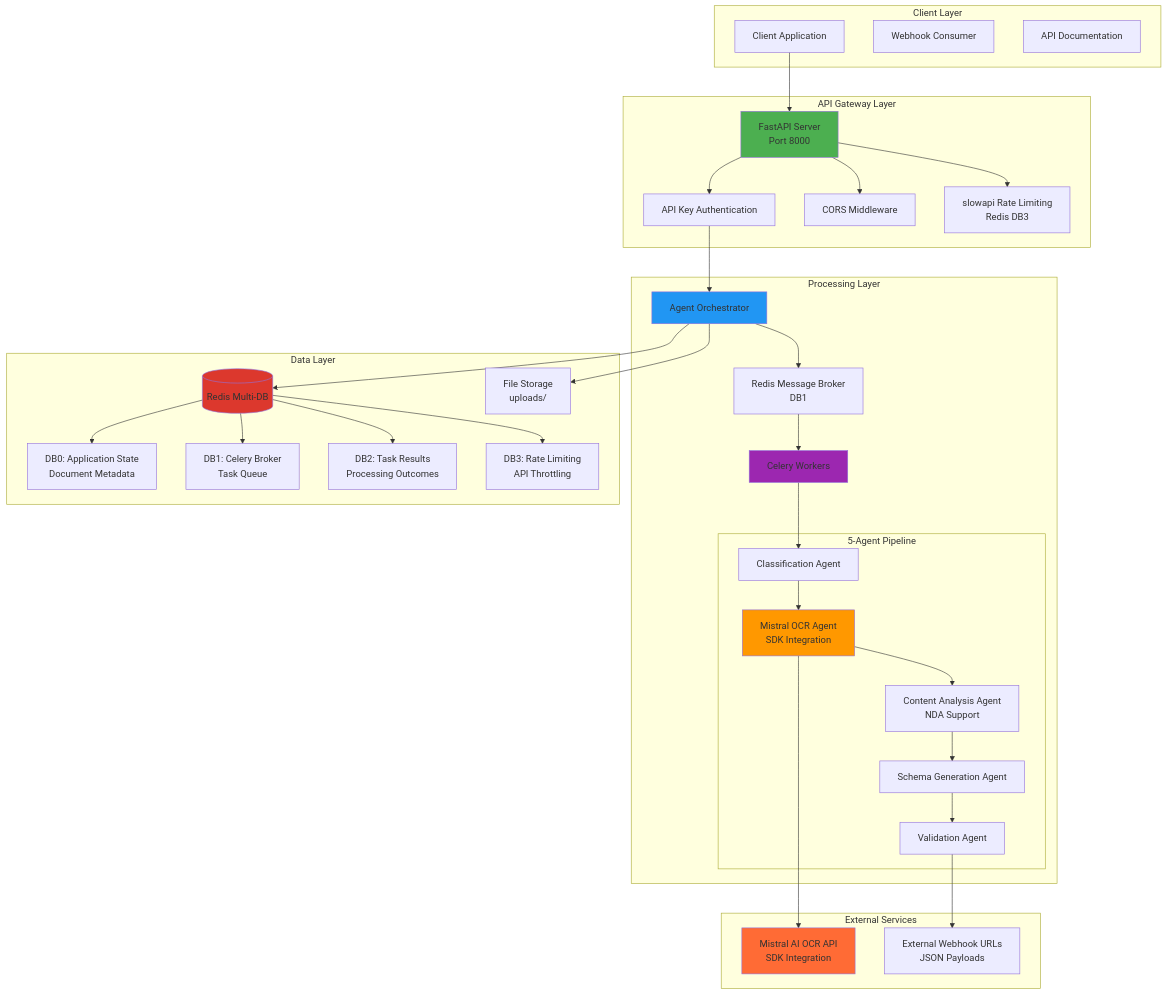
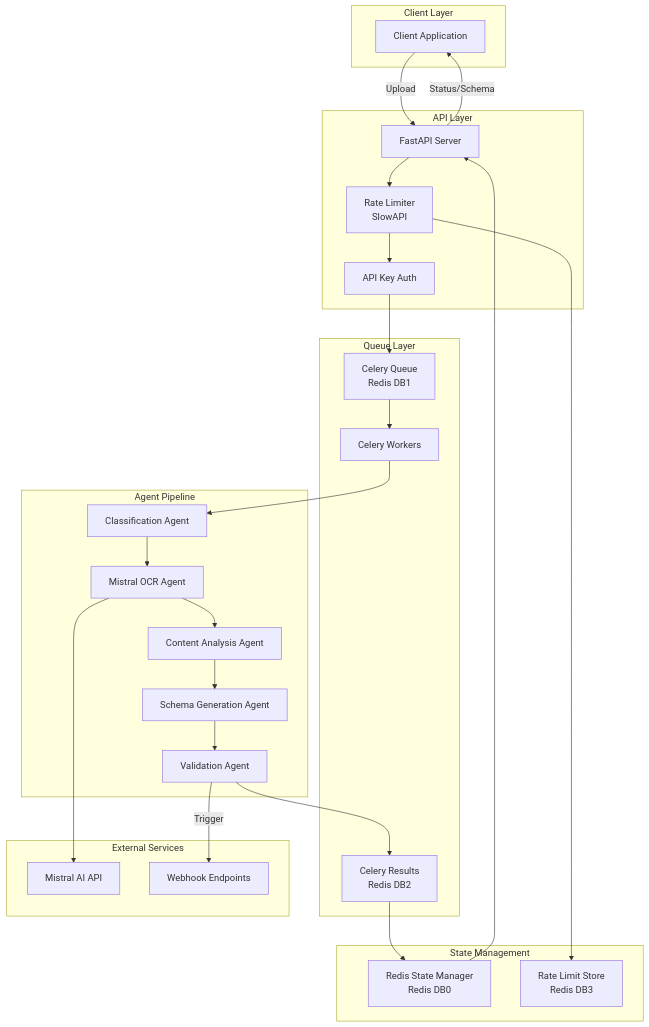
The first of 3 diagrams in README.md (Tony363/document-ingestion-agent), drawn with Mermaid before and after one commit. The commit also changed other lines of this file and 1 other file, not shown here.

````diff
--- a/README.md
+++ b/README.md
@@ -44,73 +36,54 @@
 ```mermaid
 graph TB
-    subgraph ClientLayer ["Client Layer"]
-        Client[Client Application]
-        WebhookConsumer[Webhook Consumer]
-        Docs[API Documentation]
+    subgraph "Client Layer"
+        C[Client Application]
     end
-    
-    subgraph APILayer ["API Gateway Layer"]
-        FastAPI[FastAPI Server<br/>Port 8000]
-        Auth[API Key Authentication]
-        CORS[CORS Middleware]
-        RateLimit[slowapi Rate Limiting<br/>Redis DB3]
+
+    subgraph "API Layer"
+        A[FastAPI Server]
+        RL[Rate Limiter<br/>SlowAPI]
+        AUTH[API Key Auth]
     end
-    
-    subgraph ProcessingLayer ["Processing Layer"]
-        Orchestrator[Agent Orchestrator]
-        CeleryWorkers[Celery Workers]
-        TaskQueue[Redis Message Broker<br/>DB1]
-        
-        subgraph AgentPipeline ["5-Agent Pipeline"]
-            CA[Classification Agent]
-            OA[Mistral OCR Agent<br/>SDK Integration]
-            AA[Content Analysis Agent<br/>NDA Support]
-            SA[Schema Generation Agent]
-            VA[Validation Agent]
-        end
+
+    subgraph "Queue Layer"
+        CQ[Celery Queue<br/>Redis DB1]
+        CW[Celery Workers]
+        CR[Celery Results<br/>Redis DB2]
     end
-    
-    subgraph DataLayer ["Data Layer"]
-        Redis[(Redis Multi-DB)]
-        RedisDB0[DB0: Application State<br/>Document Metadata]
-        RedisDB1[DB1: Celery Broker<br/>Task Queue]
-        RedisDB2[DB2: Task Results<br/>Processing Outcomes]
-        RedisDB3[DB3: Rate Limiting<br/>API Throttling]
-        Storage[File Storage<br/>uploads/]
+
+    subgraph "State Management"
+        RS[Redis State Manager<br/>Redis DB0]
+        RRL[Rate Limit Store<br/>Redis DB3]
     end
-    
-    subgraph ExternalServices ["External Services"]
-        MistralAPI[Mistral AI OCR API<br/>SDK Integration]
-        WebhookURLs[External Webhook URLs<br/>JSON Payloads]
+
+    subgraph "Agent Pipeline"
+        CA[Classification Agent]
+        OCR[Mistral OCR Agent]
+        AA[Content Analysis Agent]
+        SG[Schema Generation Agent]
+        VA[Validation Agent]
     end
-    
-    Client --> FastAPI
-    FastAPI --> Auth
-    FastAPI --> CORS
-    FastAPI --> RateLimit
-    Auth --> Orchestrator
-    
-    Orchestrator --> TaskQueue
-    TaskQueue --> CeleryWorkers
-    CeleryWorkers --> CA
-    CA --> OA
-    OA --> MistralAPI
-    OA --> AA
-    AA --> SA
-    SA --> VA
-    
-    Orchestrator --> Redis
-    Redis --> RedisDB0
-    Redis --> RedisDB1
-    Redis --> RedisDB2
-    Redis --> RedisDB3
-    Orchestrator --> Storage
-    VA --> WebhookURLs
-    
-    style FastAPI fill:#4CAF50
-    style Orchestrator fill:#2196F3
-    style Redis fill:#DC382D
-    style OA fill:#FF9800
-    style MistralAPI fill:#FF6B35
-    style CeleryWorkers fill:#9C27B0
+
+    subgraph "External Services"
+        MA[Mistral AI API]
+        WH[Webhook Endpoints]
+    end
+
+    C -->|Upload| A
+    A --> RL
+    RL --> AUTH
+    AUTH --> CQ
+    CQ --> CW
+    CW --> CA
+    CA --> OCR
+    OCR --> MA
+    OCR --> AA
+    AA --> SG
+    SG --> VA
+    VA --> CR
+    CR --> RS
+    RS --> A
+    A -->|Status/Schema| C
+    VA -->|Trigger| WH
+    RL --> RRL
 ```
````
